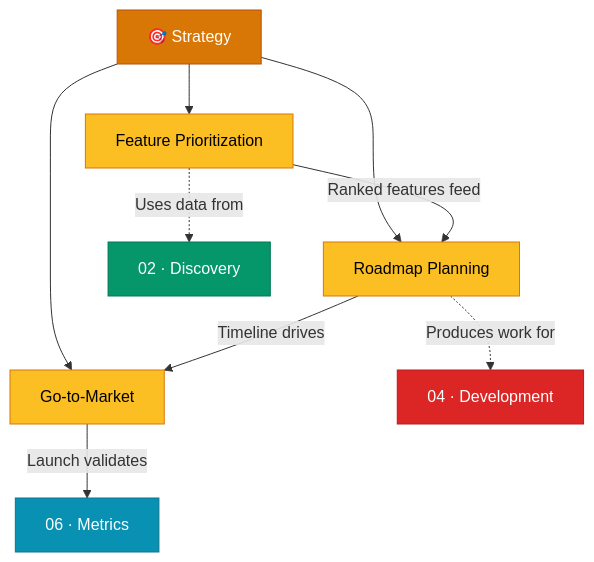
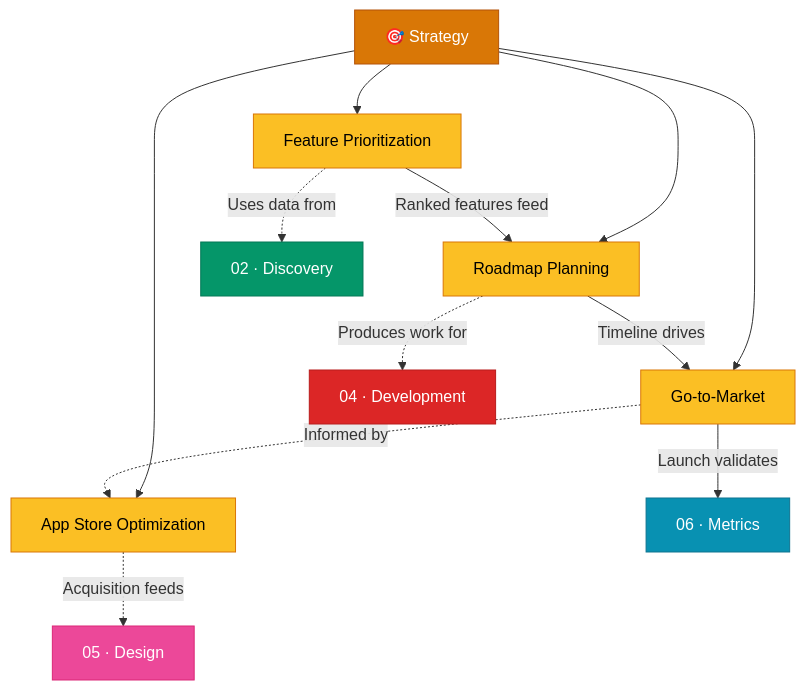
One commit to DimKouts84/product_management_development_wiki changed the diagram in wiki/03-strategy/index.md. Above: the diagram before and after it, drawn with Mermaid. The commit also changed other lines of this file and 6 other files, not shown here.

````diff
--- a/wiki/03-strategy/index.md
+++ b/wiki/03-strategy/index.md
@@ -11,21 +11,26 @@
 ```mermaid
 graph TD
     S["🎯 Strategy"] --> FP["Feature Prioritization"]
     S --> GTM["Go-to-Market"]
     S --> RP["Roadmap Planning"]
+    S --> ASO["App Store Optimization"]
 
     FP -->|"Ranked features feed"| RP
     RP -->|"Timeline drives"| GTM
+    GTM -.->|"Informed by"| ASO
     GTM -->|"Launch validates"| MET["06 · Metrics"]
 
     FP -.->|"Uses data from"| DISC["02 · Discovery"]
     RP -.->|"Produces work for"| DEV["04 · Development"]
+    ASO -.->|"Acquisition feeds"| ONB["05 · Design"]
 
     style S fill:#d97706,stroke:#b45309,color:#fff
     style FP fill:#fbbf24,stroke:#d97706,color:#000
     style GTM fill:#fbbf24,stroke:#d97706,color:#000
     style RP fill:#fbbf24,stroke:#d97706,color:#000
+    style ASO fill:#fbbf24,stroke:#d97706,color:#000
     style MET fill:#0891b2,stroke:#0e7490,color:#fff
     style DISC fill:#059669,stroke:#047857,color:#fff
     style DEV fill:#dc2626,stroke:#b91c1c,color:#fff
+    style ONB fill:#ec4899,stroke:#db2777,color:#fff
 ```
````
